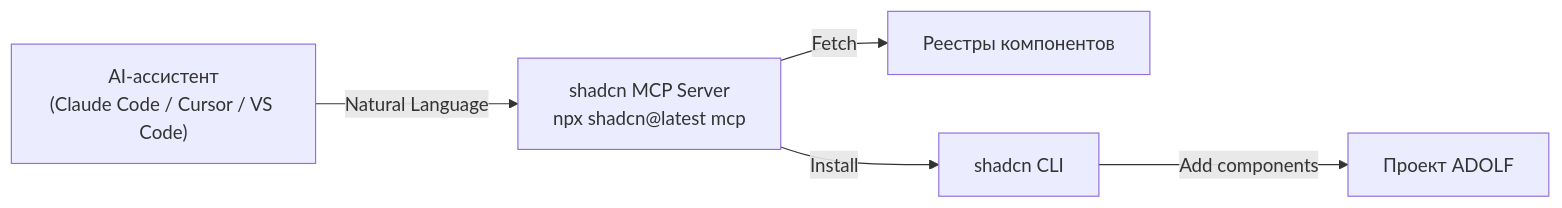
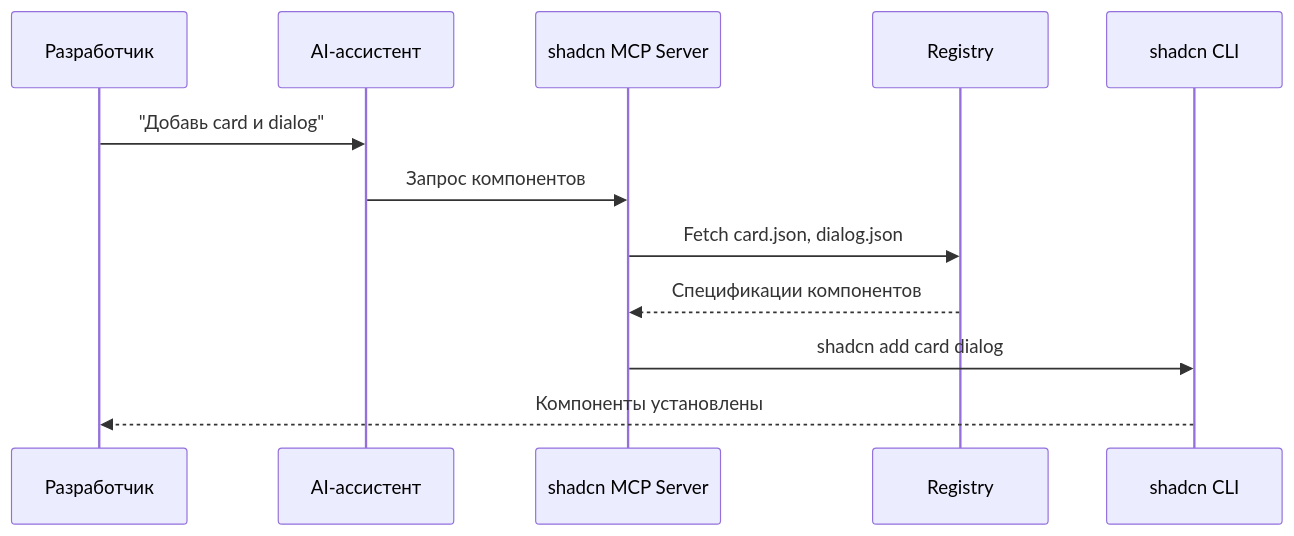
One commit to Sign25/Docs changed the diagram in ui/adolf_ui_appendix_b_shadcn_mcp.md. Above: the diagram before and after it, drawn with Mermaid. The commit also changed other lines of this file, not shown here.

Commit message:
feat(ui): update appendix B — shadcn MCP Server v1.0

````diff
--- a/ui/adolf_ui_appendix_b_shadcn_mcp.md
+++ b/ui/adolf_ui_appendix_b_shadcn_mcp.md
@@ -20,13 +28,15 @@
 ```mermaid
-flowchart LR
-    AI["AI-ассистент<br/>(Claude Code / Cursor / VS Code)"]
-    MCP["shadcn MCP Server<br/>npx shadcn@latest mcp"]
-    REG["Реестры компонентов"]
-    CLI["shadcn CLI"]
-    PROJ["Проект ADOLF"]
+sequenceDiagram
+    participant DEV as Разработчик
+    participant AI as AI-ассистент
+    participant MCP as shadcn MCP Server
+    participant REG as Registry
+    participant CLI as shadcn CLI
 
-    AI -->|"Natural Language"| MCP
-    MCP -->|"Fetch"| REG
-    MCP -->|"Install"| CLI
-    CLI -->|"Add components"| PROJ
+    DEV->>AI: "Добавь card и dialog"
+    AI->>MCP: Запрос компонентов
+    MCP->>REG: Fetch card.json, dialog.json
+    REG-->>MCP: Спецификации компонентов
+    MCP->>CLI: shadcn add card dialog
+    CLI-->>DEV: Компоненты установлены
 ```
````
